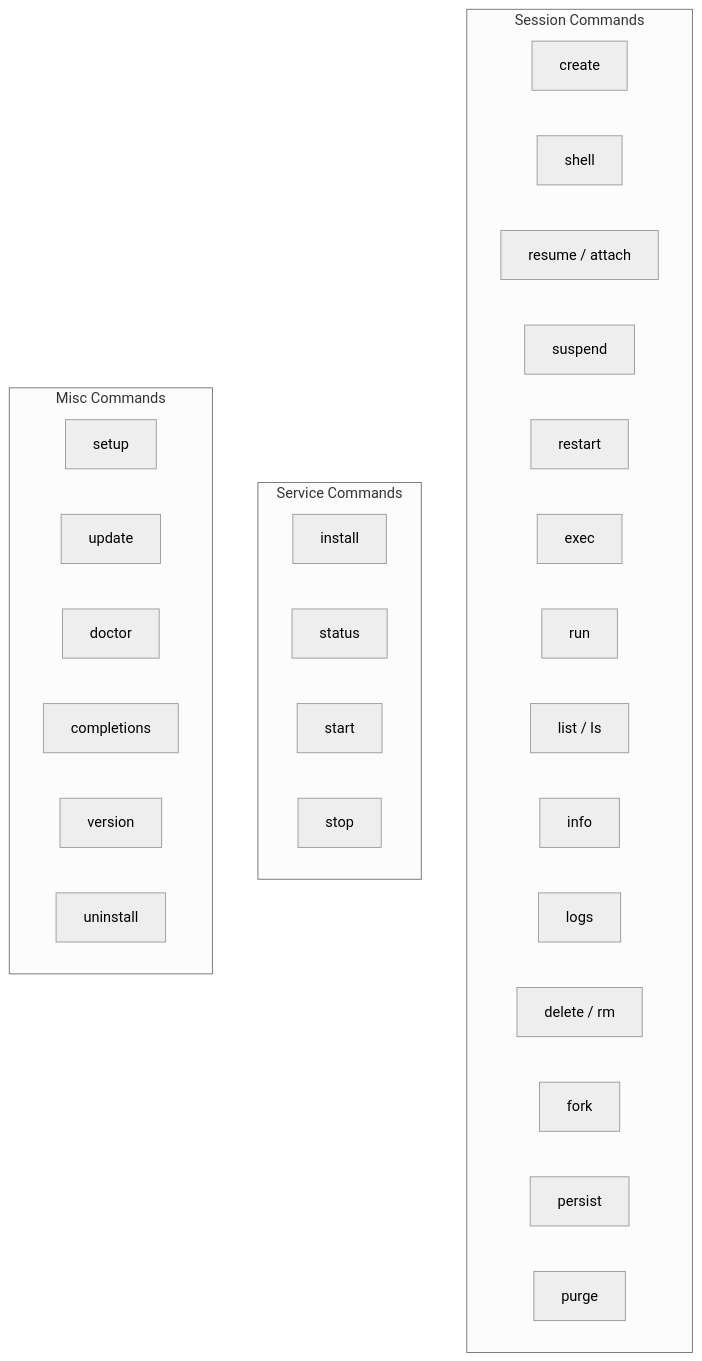
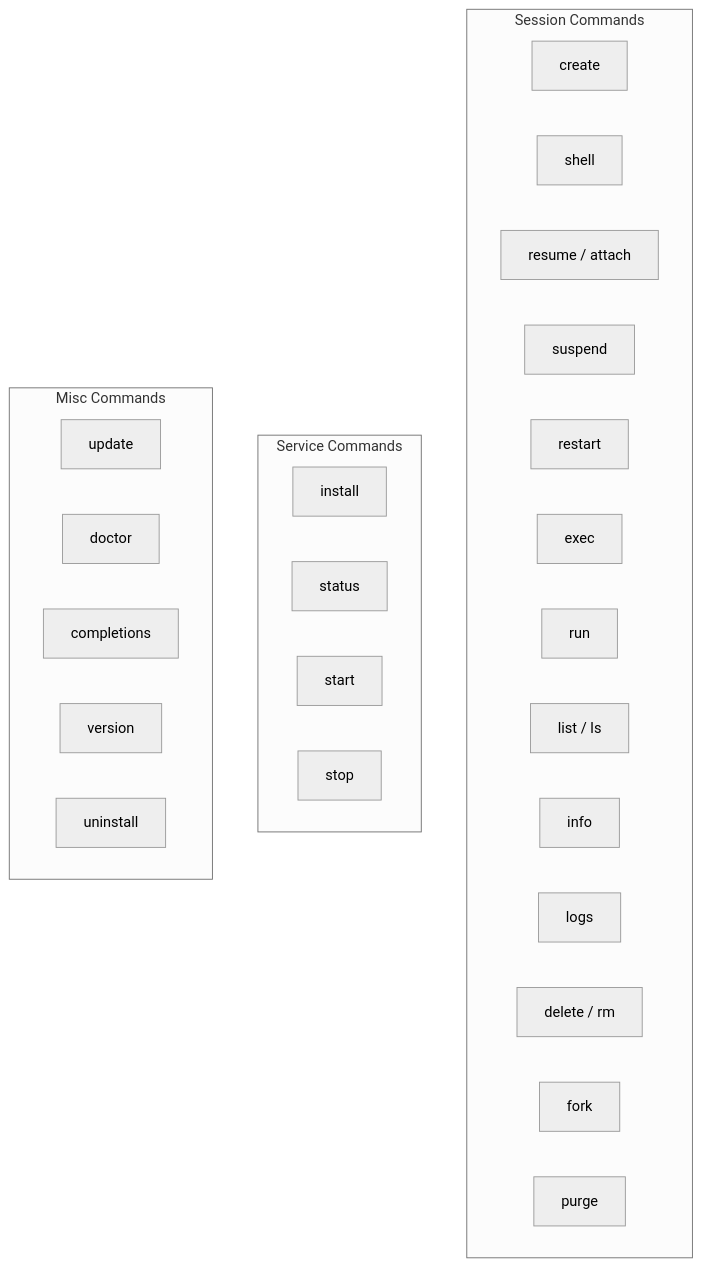
The first of 2 diagrams in docs/src/content/docs/usage/cli.md (google/capsem), drawn with Mermaid (neutral theme) before and after one commit. The commit also changed other lines of this file and 27 other files, not shown here.

Commit message:
docs: align architecture with 1.3 contract

````diff
--- a/docs/src/content/docs/usage/cli.md
+++ b/docs/src/content/docs/usage/cli.md
@@ -12,35 +12,33 @@
 ```mermaid
 graph TD
     subgraph "Session Commands"
         CREATE["create"]
         SHELL["shell"]
         RESUME["resume / attach"]
         SUSPEND["suspend"]
         RESTART["restart"]
         EXEC["exec"]
         RUN["run"]
         LIST["list / ls"]
         INFO["info"]
         LOGS["logs"]
         DELETE["delete / rm"]
         FORK["fork"]
-        PERSIST["persist"]
         PURGE["purge"]
     end
 
     subgraph "Service Commands"
         INSTALL["install"]
         STATUS["status"]
         START["start"]
         STOP["stop"]
     end
 
     subgraph "Misc Commands"
-        SETUP["setup"]
         UPDATE["update"]
         DOCTOR["doctor"]
         COMPLETIONS["completions"]
         VERSION["version"]
         UNINSTALL["uninstall"]
     end
 ```
````
